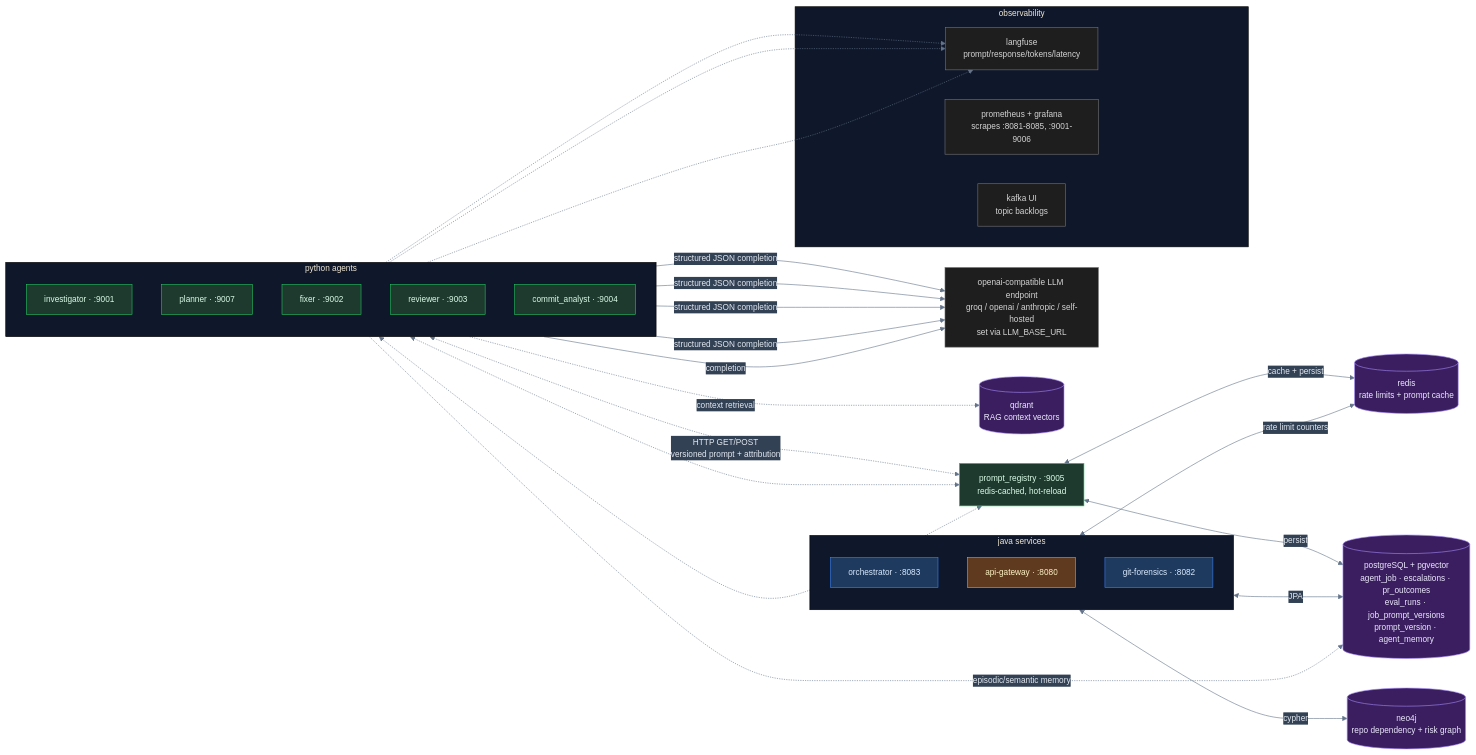
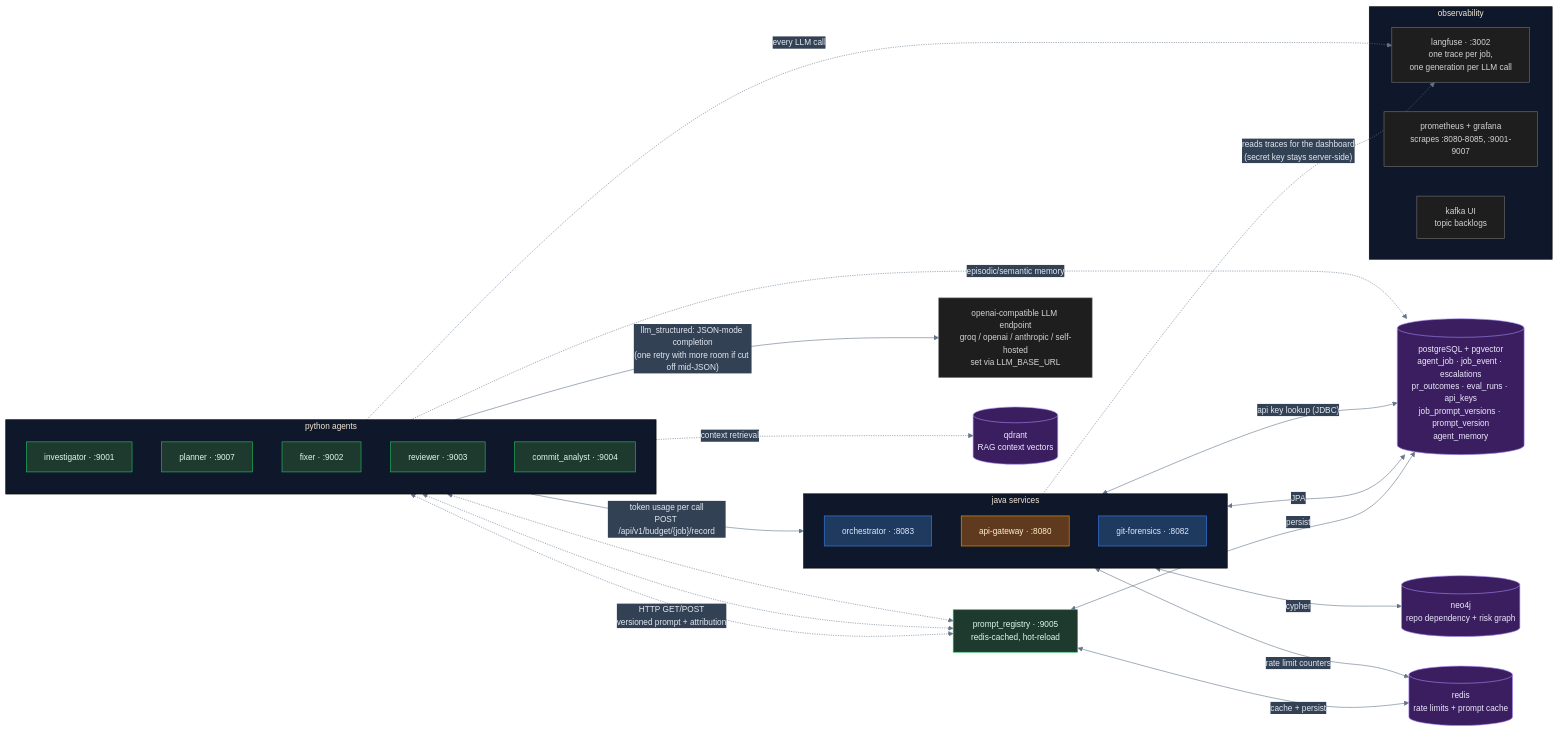
Before and after one commit to bettercallok/git-oracle: the fourth of 8 diagrams in readme.md, drawn with Mermaid. The commit also changed other lines of this file, not shown here.

````diff
--- a/readme.md
+++ b/readme.md
@@ -170,64 +187,61 @@
 ```mermaid
 %%{init: {'theme':'base', 'themeVariables': {'primaryColor':'#1e293b','primaryTextColor':'#e2e8f0','primaryBorderColor':'#475569','lineColor':'#64748b','secondaryColor':'#334155','tertiaryColor':'#0f172a','fontSize':'14px'}}}%%
 flowchart LR
     subgraph agents["python agents"]
         direction TB
         inv["investigator · :9001"]
         pln["planner · :9007"]
         fix["fixer · :9002"]
         rev["reviewer · :9003"]
         ca["commit_analyst · :9004"]
     end
 
     subgraph jsvc["java services"]
         direction TB
         orch["orchestrator · :8083"]
         gw["api-gateway · :8080"]
         gf["git-forensics · :8082"]
     end
 
     fix <-.->|"HTTP GET/POST<br/>versioned prompt + attribution"| preg["prompt_registry · :9005<br/>redis-cached, hot-reload"]
     pln <-.-> preg
     inv <-.-> preg
 
     llm["openai-compatible LLM endpoint<br/>groq / openai / anthropic / self-hosted<br/>set via LLM_BASE_URL"]
-    inv -->|structured JSON completion| llm
-    pln -->|structured JSON completion| llm
-    fix -->|structured JSON completion| llm
-    rev -->|structured JSON completion| llm
-    ca -->|completion| llm
+    agents -->|"llm_structured: JSON-mode completion<br/>(one retry with more room if cut off mid-JSON)"| llm
+    agents -->|"token usage per call<br/>POST /api/v1/budget/{job}/record"| orch
 
-    pg[("postgreSQL + pgvector<br/>agent_job · escalations · pr_outcomes<br/>eval_runs · job_prompt_versions<br/>prompt_version · agent_memory")]
+    pg[("postgreSQL + pgvector<br/>agent_job · job_event · escalations<br/>pr_outcomes · eval_runs · api_keys<br/>job_prompt_versions · prompt_version<br/>agent_memory")]
     neo[("neo4j<br/>repo dependency + risk graph")]
     qd[("qdrant<br/>RAG context vectors")]
     rd[("redis<br/>rate limits + prompt cache")]
 
     orch <-->|JPA| pg
+    gw <-->|"api key lookup (JDBC)"| pg
     gf <-->|cypher| neo
     fix -.->|episodic/semantic memory| pg
     fix -.->|context retrieval| qd
     gw <-->|rate limit counters| rd
     preg <-->|cache + persist| rd
     preg <-->|persist| pg
 
     subgraph observability
-        lf["langfuse<br/>prompt/response/tokens/latency"]
-        prom["prometheus + grafana<br/>scrapes :8081-8085, :9001-9006"]
+        lf["langfuse · :3002<br/>one trace per job,<br/>one generation per LLM call"]
+        prom["prometheus + grafana<br/>scrapes :8080-8085, :9001-9007"]
         kui["kafka UI<br/>topic backlogs"]
     end
 
-    inv -.-> lf
-    pln -.-> lf
-    fix -.-> lf
+    agents -.->|"every LLM call"| lf
+    orch -.->|"reads traces for the dashboard<br/>(secret key stays server-side)"| lf
 
     classDef javaSvc fill:#1e3a5f,stroke:#3b82f6,color:#dbeafe
     classDef pySvc fill:#1e3a2f,stroke:#22c55e,color:#dcfce7
     classDef storage fill:#3a1e5f,stroke:#a78bfa,color:#ede9fe
     classDef gateway fill:#5f3a1e,stroke:#f59e0b,color:#fef3c7
     classDef obs fill:#1e1e1e,stroke:#737373,color:#d4d4d4
     class orch,gf javaSvc
     class inv,pln,fix,rev,ca,preg pySvc
     class pg,neo,qd,rd storage
     class gw gateway
     class llm,lf,prom,kui obs
 ```
````
